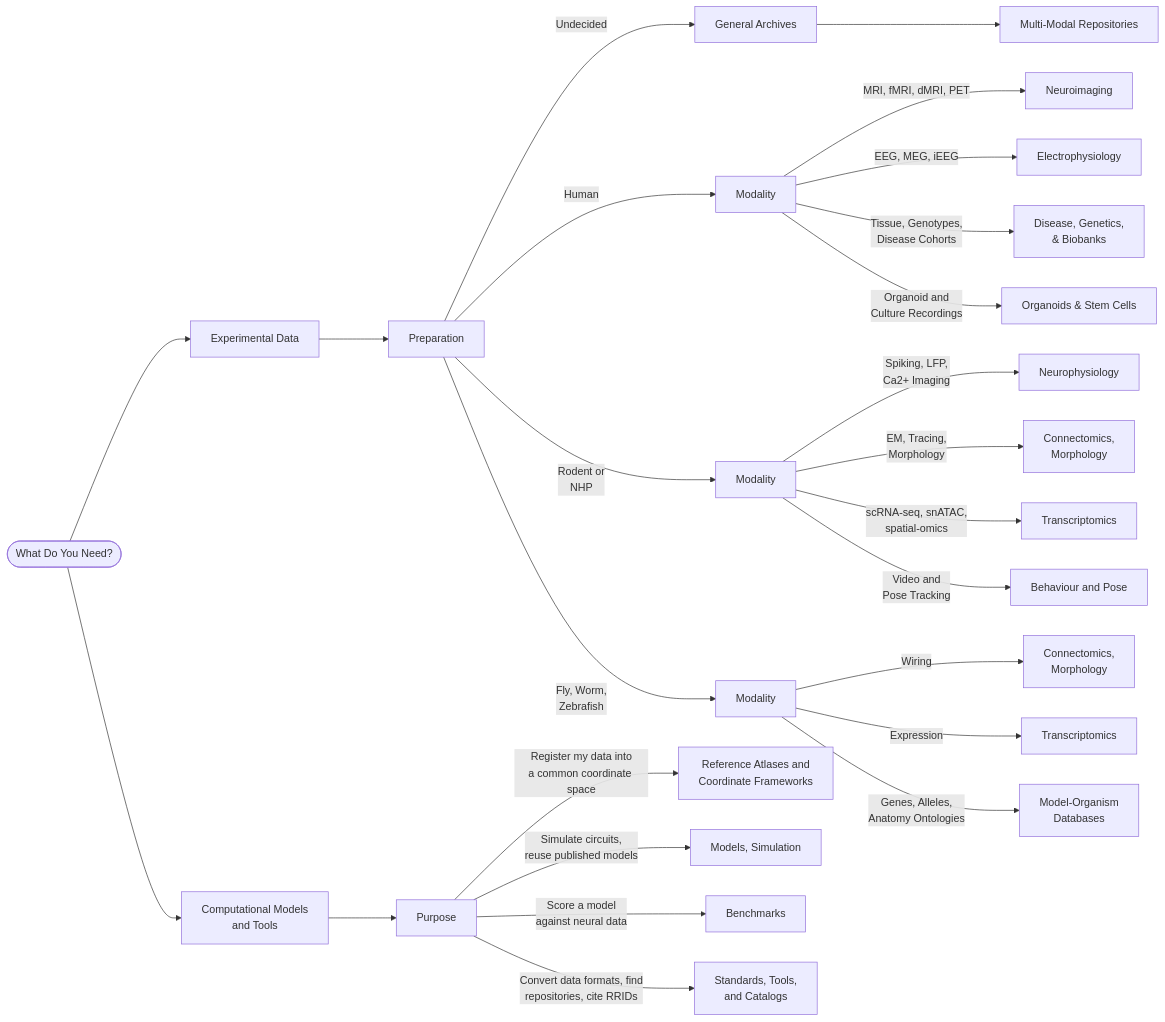
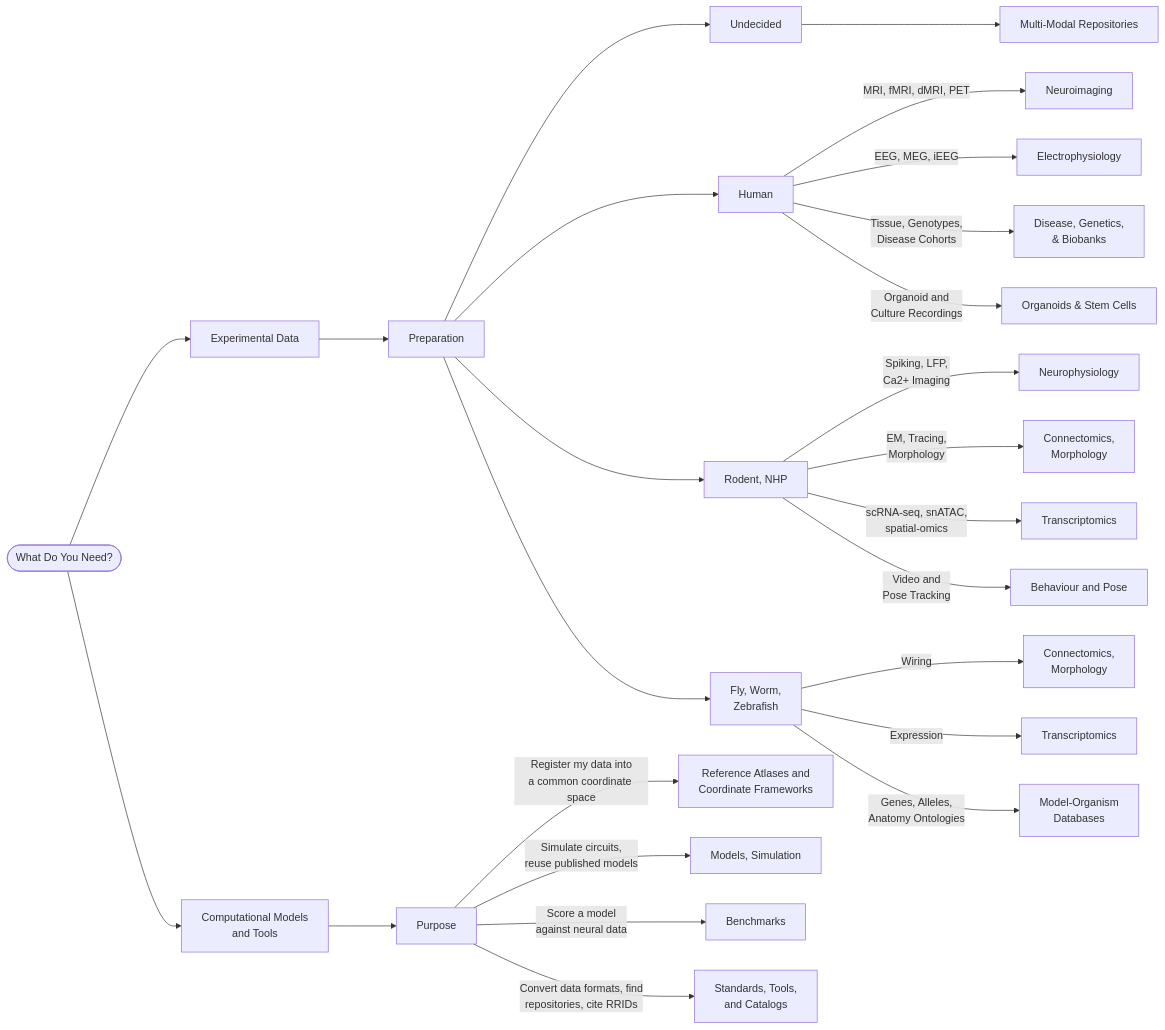
The diagram in docs/index.md (lauramedlock/neuroarchives), drawn with Mermaid before and after one commit.

Commit message:
Refactor preparation modalities in index.md

````diff
--- a/docs/index.md
+++ b/docs/index.md
@@ -41,35 +41,35 @@
 ```mermaid
 %%{init: {"flowchart": {"useMaxWidth": true, "rankSpacing": 90, "nodeSpacing": 45}} }%%
 flowchart LR
     START([What Do You Need?])
     START --> EXP[Experimental Data]
     START --> MOD[Computational Models<br>and Tools]
 
     EXP --> PREP[Preparation]
-    PREP -->|Undecided| GEN[General Archives]
-    PREP -->|Human| HU[Modality]
-    PREP -->|Rodent or<br>NHP| RO[Modality]
-    PREP -->|Fly, Worm,<br>Zebrafish| INV[Modality]
+    PREP -->GEN[Undecided]
+    PREP -->HU[Human]
+    PREP -->RO[Rodent, NHP]
+    PREP -->INV[Fly, Worm,<br>Zebrafish]
 
     HU -->|MRI, fMRI, dMRI, PET| E1[Neuroimaging]
     HU -->|EEG, MEG, iEEG| E2[Electrophysiology]
     HU -->|Tissue, Genotypes,<br>Disease Cohorts| E3[Disease, Genetics,<br>& Biobanks]
     HU -->|Organoid and<br>Culture Recordings| E4[Organoids & Stem Cells]
 
     RO -->|Spiking, LFP,<br>Ca2+ Imaging| E5[Neurophysiology] 
     RO -->|EM, Tracing,<br>Morphology| E6[Connectomics, <br> Morphology]
     RO -->|scRNA-seq, snATAC,<br>spatial-omics| E7[Transcriptomics]
     RO -->|Video and<br>Pose Tracking| E8[Behaviour and Pose]
 
     INV -->|Wiring| E6b[Connectomics,<br>Morphology]
     INV -->|Expression| E7b[Transcriptomics]
     INV -->|Genes, Alleles,<br>Anatomy Ontologies| E9[Model-Organism<br>Databases]
 
     GEN -->E10[Multi-Modal Repositories]
 
     MOD --> PURPOSE[Purpose]
     PURPOSE -->|Register my data into<br>a common coordinate space| M1[Reference Atlases and<br>Coordinate Frameworks]
     PURPOSE -->|Simulate circuits,<br>reuse published models| M2[Models, Simulation]
     PURPOSE -->|Score a model<br>against neural data| M4[Benchmarks]
     PURPOSE -->|Convert data formats, find<br>repositories, cite RRIDs| M3[Standards, Tools,<br>and Catalogs]
 ```
````
